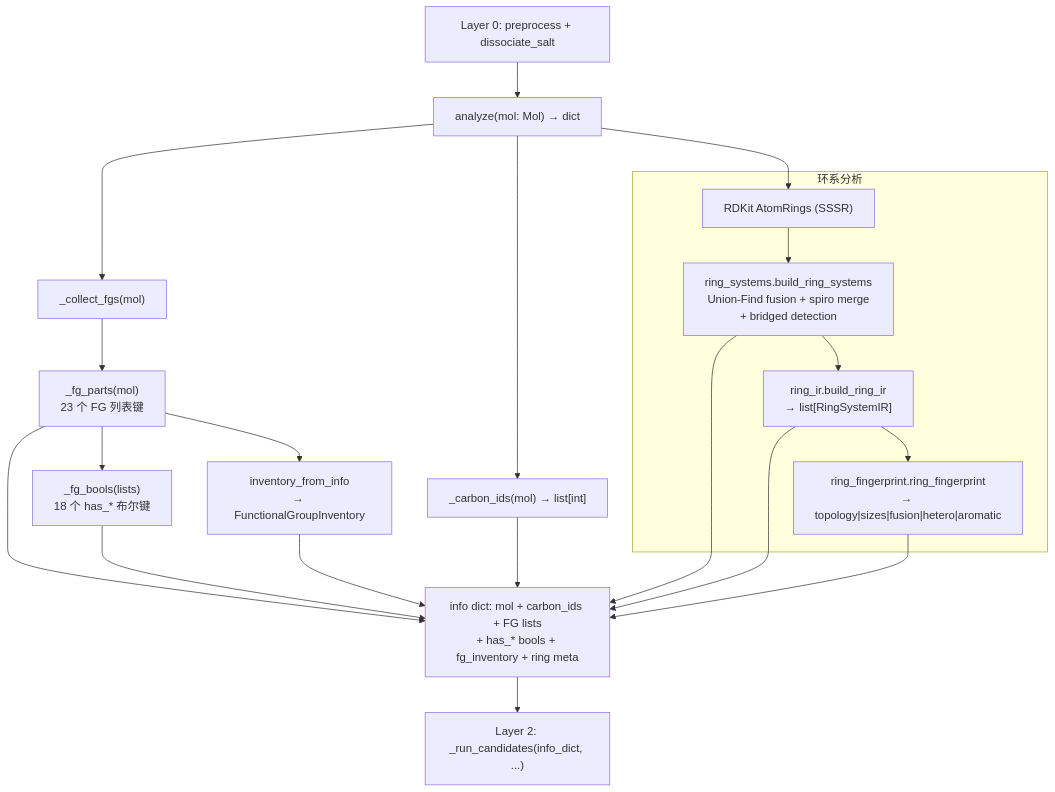
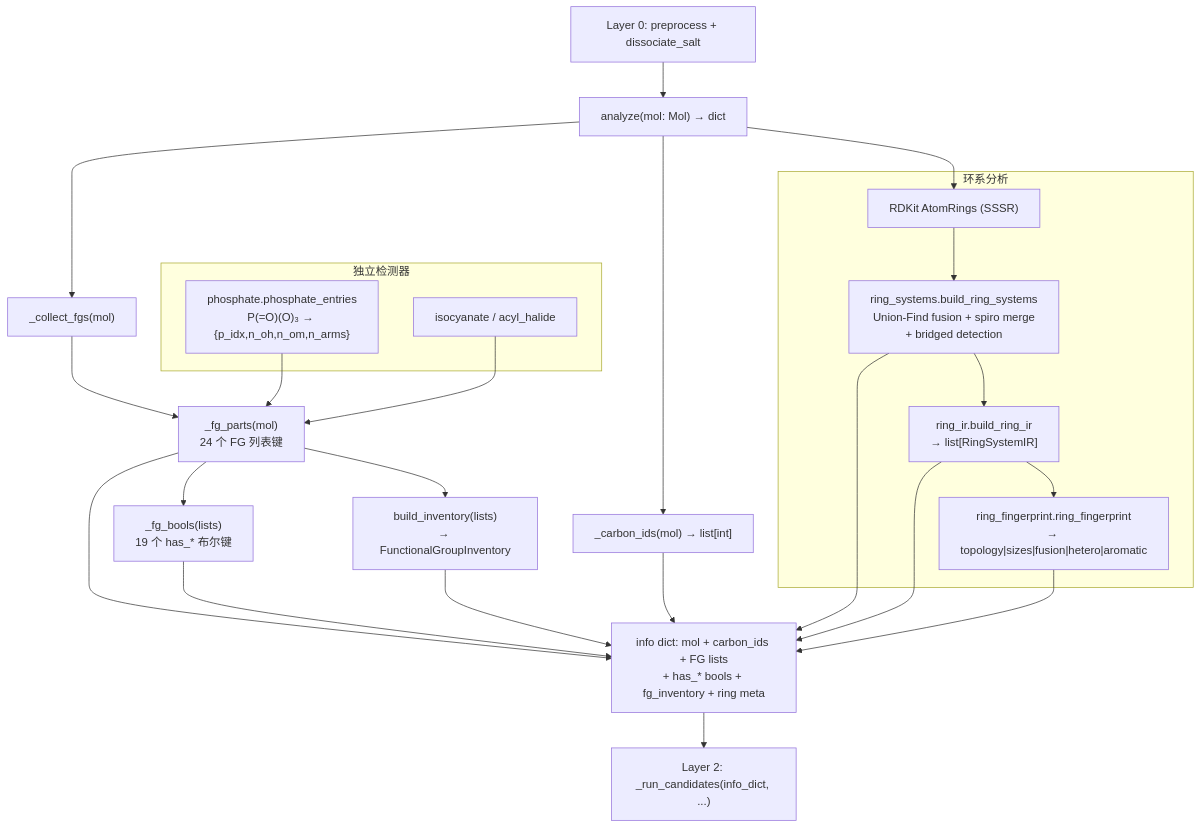
The first of 2 diagrams in docs/wiki/architecture/layer1-analyzer.md (zouxiaofei1/OpenSMILES), drawn with Mermaid before and after one commit. The commit also changed other lines of this file and 13 other files, not shown here.

````diff
--- a/docs/wiki/architecture/layer1-analyzer.md
+++ b/docs/wiki/architecture/layer1-analyzer.md
@@ -201,43 +213,50 @@
 ```mermaid
 flowchart TD
     L0["Layer 0: preprocess + dissociate_salt"]
     L1_ENTRY["analyze(mol: Mol) → dict"]
     CARBONS["_carbon_ids(mol) → list[int]"]
     FG_COLLECT["_collect_fgs(mol)"]
-    FG_PARTS["_fg_parts(mol)<br/>23 个 FG 列表键"]
-    FG_BOOLS["_fg_bools(lists)<br/>18 个 has_* 布尔键"]
-    INV["inventory_from_info<br/>→ FunctionalGroupInventory"]
+    FG_PARTS["_fg_parts(mol)<br/>24 个 FG 列表键"]
+    FG_BOOLS["_fg_bools(lists)<br/>19 个 has_* 布尔键"]
+    INV["build_inventory(lists)<br/>→ FunctionalGroupInventory"]
+
+    subgraph DET["独立检测器"]
+        PHOS["phosphate.phosphate_entries<br/>P(=O)(O)₃ → {p_idx,n_oh,n_om,n_arms}"]
+        ISO["isocyanate / acyl_halide"]
+    end
 
     subgraph RING["环系分析"]
         SSSR["RDKit AtomRings (SSSR)"]
         RING_SYS["ring_systems.build_ring_systems<br/>Union-Find fusion + spiro merge<br/>+ bridged detection"]
         RING_IR["ring_ir.build_ring_ir<br/>→ list[RingSystemIR]"]
         RING_FP["ring_fingerprint.ring_fingerprint<br/>→ topology|sizes|fusion|hetero|aromatic"]
     end
 
     RESULT["info dict: mol + carbon_ids + FG lists<br/>+ has_* bools + fg_inventory + ring meta"]
     L2["Layer 2: _run_candidates(info_dict, ...)"]
 
     L0 --> L1_ENTRY
     L1_ENTRY --> CARBONS
     L1_ENTRY --> FG_COLLECT
     L1_ENTRY --> SSSR
 
     FG_COLLECT --> FG_PARTS
+    PHOS --> FG_PARTS
+    ISO --> FG_PARTS
     FG_PARTS --> FG_BOOLS
     FG_PARTS --> INV
 
     FG_PARTS --> RESULT
     FG_BOOLS --> RESULT
     INV --> RESULT
     CARBONS --> RESULT
 
     SSSR --> RING_SYS
     RING_SYS --> RING_IR
     RING_IR --> RING_FP
     RING_SYS --> RESULT
     RING_IR --> RESULT
     RING_FP --> RESULT
 
     RESULT --> L2
 ```
````
